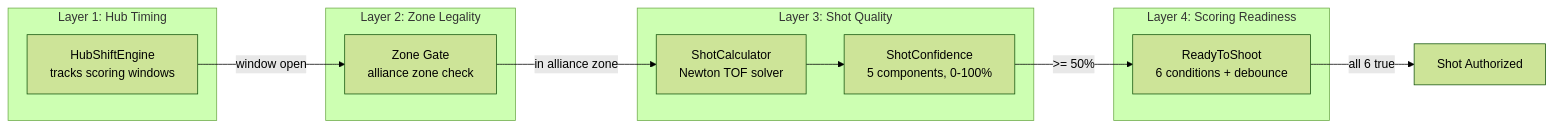
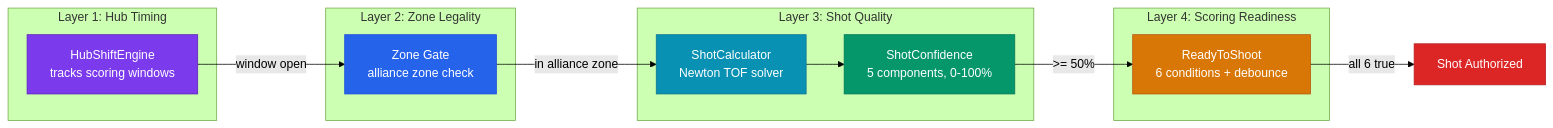
Before and after one commit to eeveemara/frc5962-2026-docs: the third of 3 diagrams in docs/architecture/system-overview.md, drawn with Mermaid (forest theme). The commit also changed other lines of this file and 14 other files, not shown here.

Commit message:
Add explicit colors to all 20 mermaid diagrams for GitBook dark mode

````diff
--- a/docs/architecture/system-overview.md
+++ b/docs/architecture/system-overview.md
@@ -131,25 +161,32 @@
 ```mermaid
 flowchart LR
     subgraph "Layer 1: Hub Timing"
         HS[HubShiftEngine<br/>tracks scoring windows]
     end
 
     subgraph "Layer 2: Zone Legality"
         ZG[Zone Gate<br/>alliance zone check]
     end
 
     subgraph "Layer 3: Shot Quality"
         SC2[ShotCalculator<br/>Newton TOF solver]
         CONF2[ShotConfidence<br/>5 components, 0-100%]
     end
 
     subgraph "Layer 4: Scoring Readiness"
         RTS2[ReadyToShoot<br/>6 conditions + debounce]
     end
 
     HS -->|window open| ZG
     ZG -->|in alliance zone| SC2
     SC2 --> CONF2
     CONF2 -->|>= 50%| RTS2
     RTS2 -->|all 6 true| FIRE[Shot Authorized]
+
+    style HS fill:#7c3aed,stroke:#5b21b6,color:#fff
+    style ZG fill:#2563eb,stroke:#1d4ed8,color:#fff
+    style SC2 fill:#0891b2,stroke:#0e7490,color:#fff
+    style CONF2 fill:#059669,stroke:#047857,color:#fff
+    style RTS2 fill:#d97706,stroke:#b45309,color:#fff
+    style FIRE fill:#dc2626,stroke:#b91c1c,color:#fff
 ```
````
